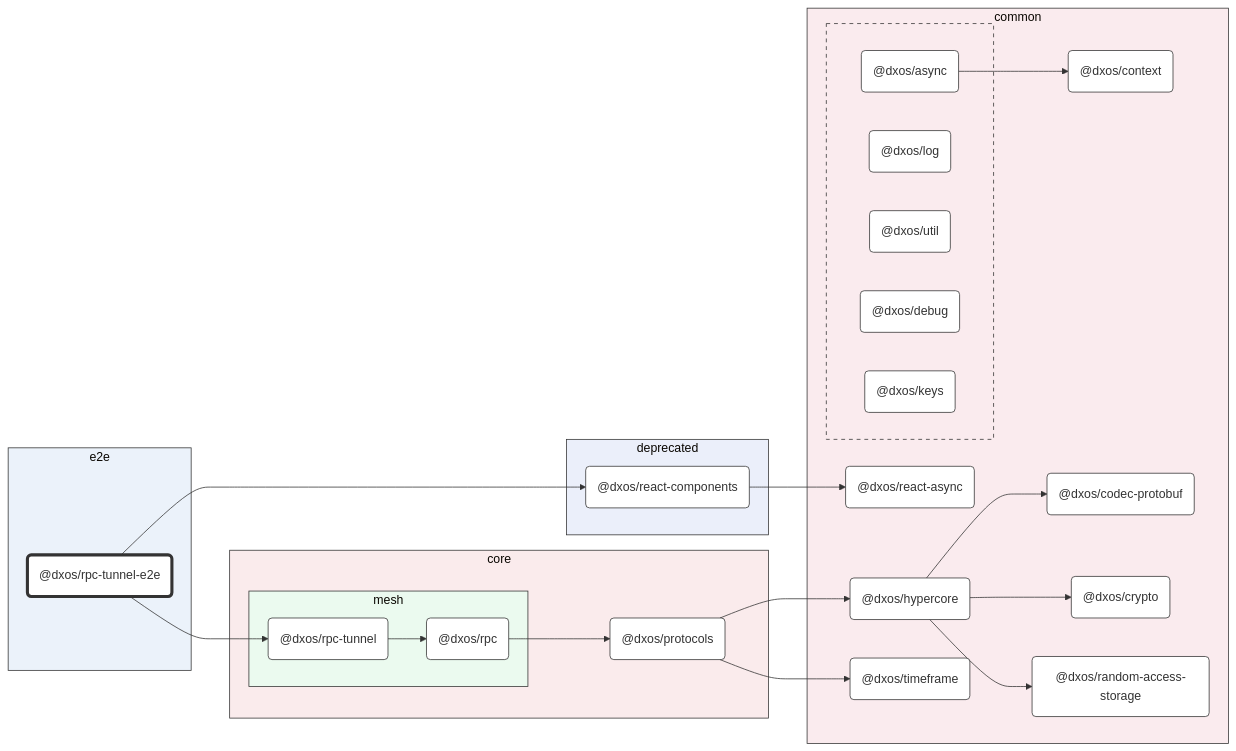
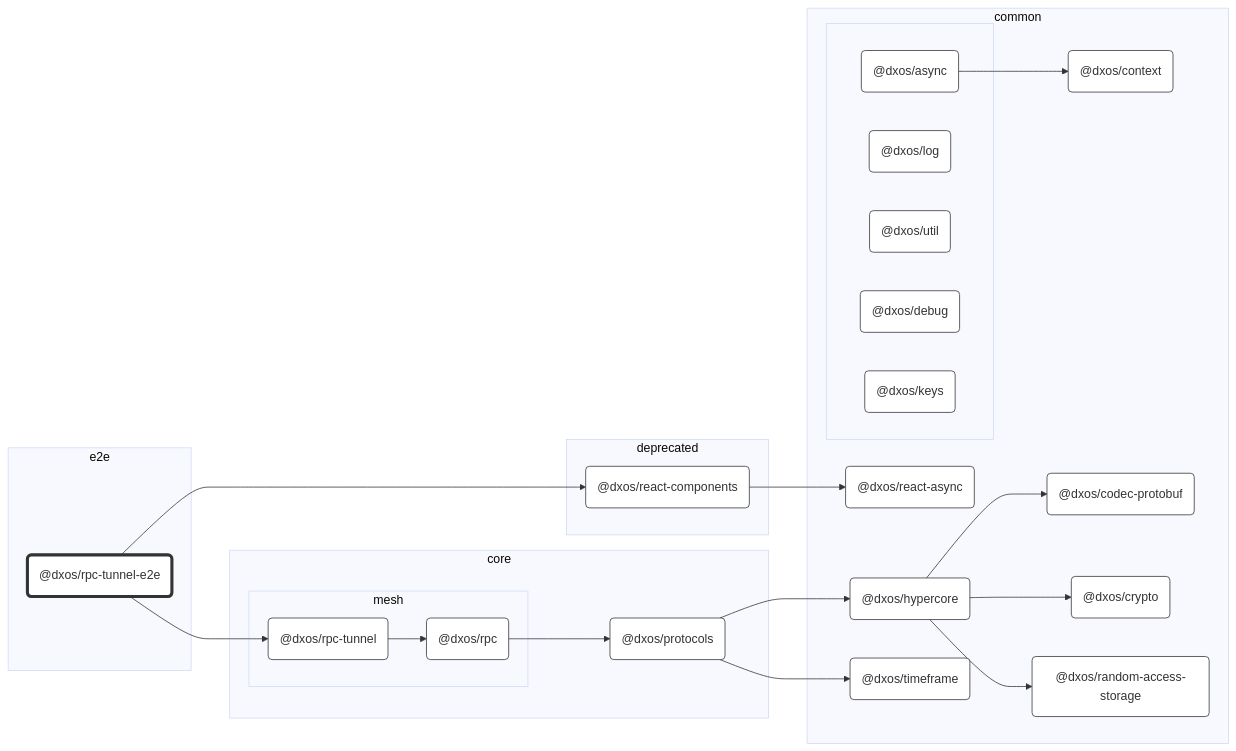
Before and after one commit to dxos/dxos: the diagram in packages/e2e/rpc-tunnel-e2e/docs/README.md, drawn with Mermaid (base theme). The commit also changed 80 other files, not shown here.

```diff
--- a/packages/e2e/rpc-tunnel-e2e/docs/README.md
+++ b/packages/e2e/rpc-tunnel-e2e/docs/README.md
@@ -16,13 +16,11 @@
 %% Nodes
 
 subgraph e2e [e2e]
-  style e2e fill:#ebf2fa,stroke:#333
   dxos/rpc-tunnel-e2e("@dxos/rpc-tunnel-e2e"):::root
   click dxos/rpc-tunnel-e2e "dxos/dxos/tree/main/packages/e2e/rpc-tunnel-e2e/docs"
 end
 
 subgraph common [common]
-  style common fill:#faebee,stroke:#333
   dxos/context("@dxos/context"):::def
   click dxos/context "dxos/dxos/tree/main/packages/common/context/docs"
   dxos/codec-protobuf("@dxos/codec-protobuf"):::def
@@ -39,7 +37,6 @@
   click dxos/react-async "dxos/dxos/tree/main/packages/common/react-async/docs"
 
   subgraph _ [ ]
-    style _ fill:#faebee,stroke:#333,stroke-dasharray:5 5
     dxos/async("@dxos/async"):::def
     click dxos/async "dxos/dxos/tree/main/packages/common/async/docs"
     dxos/log("@dxos/log"):::def
@@ -54,12 +51,10 @@
 end
 
 subgraph core [core]
-  style core fill:#faebec,stroke:#333
   dxos/protocols("@dxos/protocols"):::def
   click dxos/protocols "dxos/dxos/tree/main/packages/core/protocols/docs"
 
   subgraph mesh [mesh]
-    style mesh fill:#ebfaef,stroke:#333
     dxos/rpc("@dxos/rpc"):::def
     click dxos/rpc "dxos/dxos/tree/main/packages/core/mesh/rpc/docs"
     dxos/rpc-tunnel("@dxos/rpc-tunnel"):::def
@@ -68,7 +63,6 @@
 end
 
 subgraph deprecated [deprecated]
-  style deprecated fill:#ebeffa,stroke:#333
   dxos/react-components("@dxos/react-components"):::def
   click dxos/react-components "dxos/dxos/tree/main/packages/deprecated/react-components/docs"
 end
```
